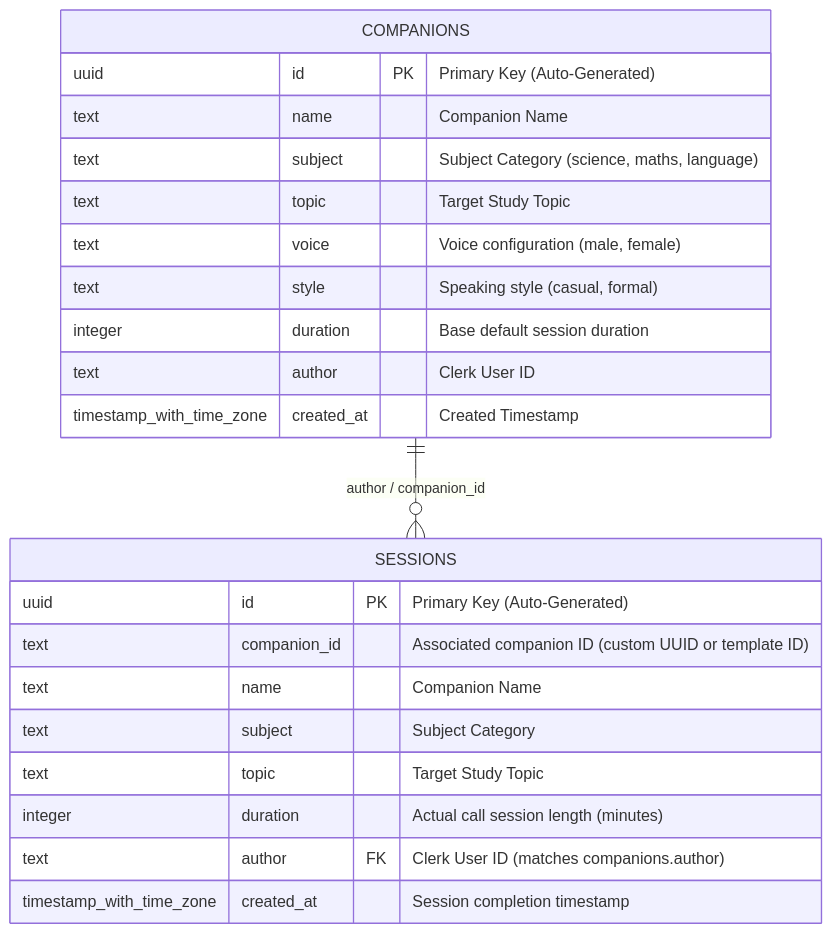
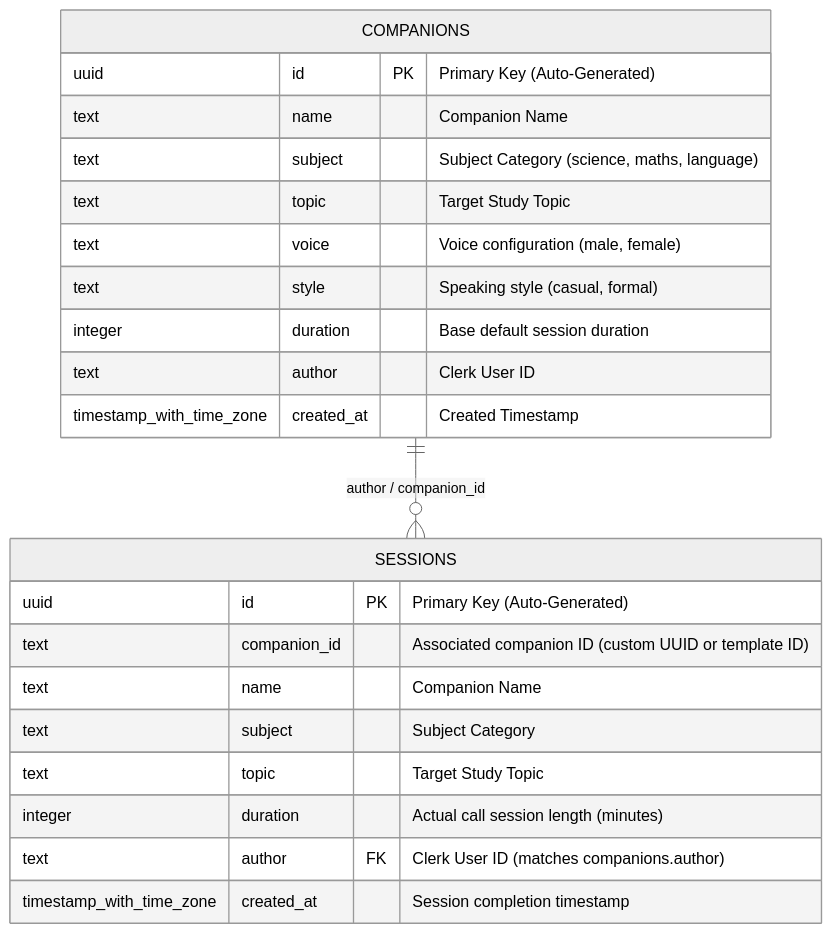
One commit to ShubhamKumarSahu-svg/Dienvo changed the fourth of 5 diagrams in README.md. Above: the diagram before and after it, drawn with Mermaid. The commit also changed other lines of this file, not shown here.

Commit message:
docs: fix state diagram note syntax error and set monochrome themes for all diagrams

````diff
--- a/README.md
+++ b/README.md
@@ -107,27 +104,28 @@
 ```mermaid
+%%{init: {'theme': 'neutral'}}%%
 erDiagram
     COMPANIONS {
         uuid id PK "Primary Key (Auto-Generated)"
         text name "Companion Name"
         text subject "Subject Category (science, maths, language)"
         text topic "Target Study Topic"
         text voice "Voice configuration (male, female)"
         text style "Speaking style (casual, formal)"
         integer duration "Base default session duration"
         text author "Clerk User ID"
         timestamp_with_time_zone created_at "Created Timestamp"
     }
 
     SESSIONS {
         uuid id PK "Primary Key (Auto-Generated)"
         text companion_id "Associated companion ID (custom UUID or template ID)"
         text name "Companion Name"
         text subject "Subject Category"
         text topic "Target Study Topic"
         integer duration "Actual call session length (minutes)"
         text author FK "Clerk User ID (matches companions.author)"
         timestamp_with_time_zone created_at "Session completion timestamp"
     }
     
     COMPANIONS ||--o{ SESSIONS : "author / companion_id"
 ```
````
